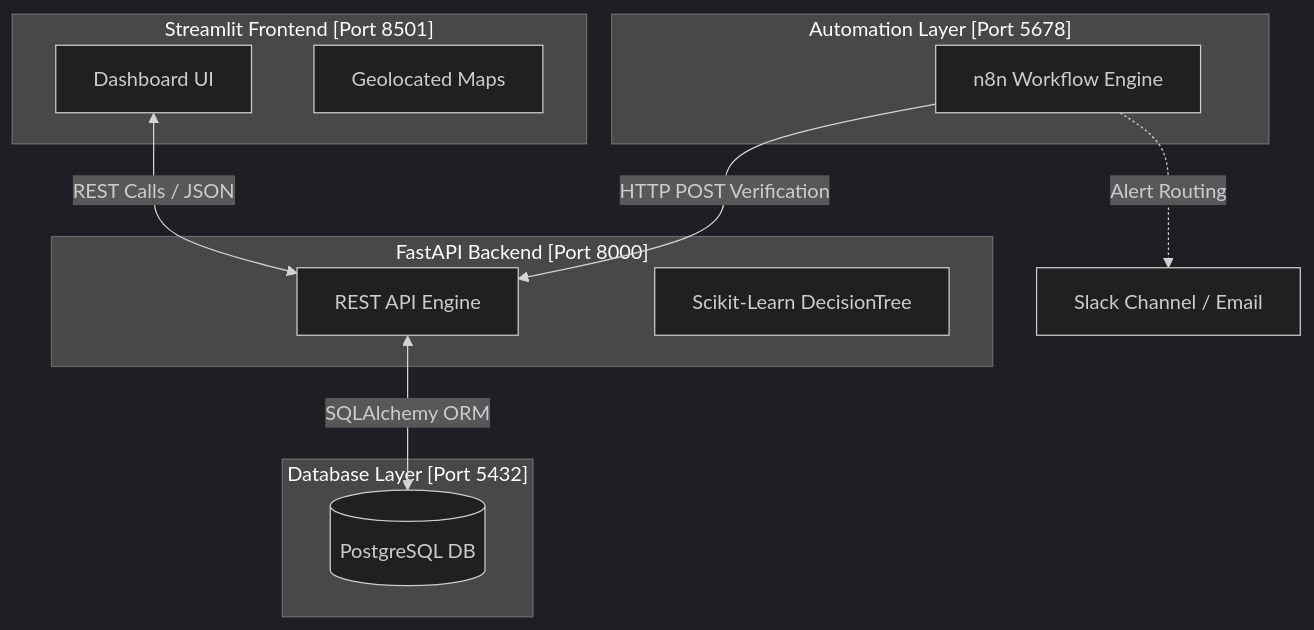
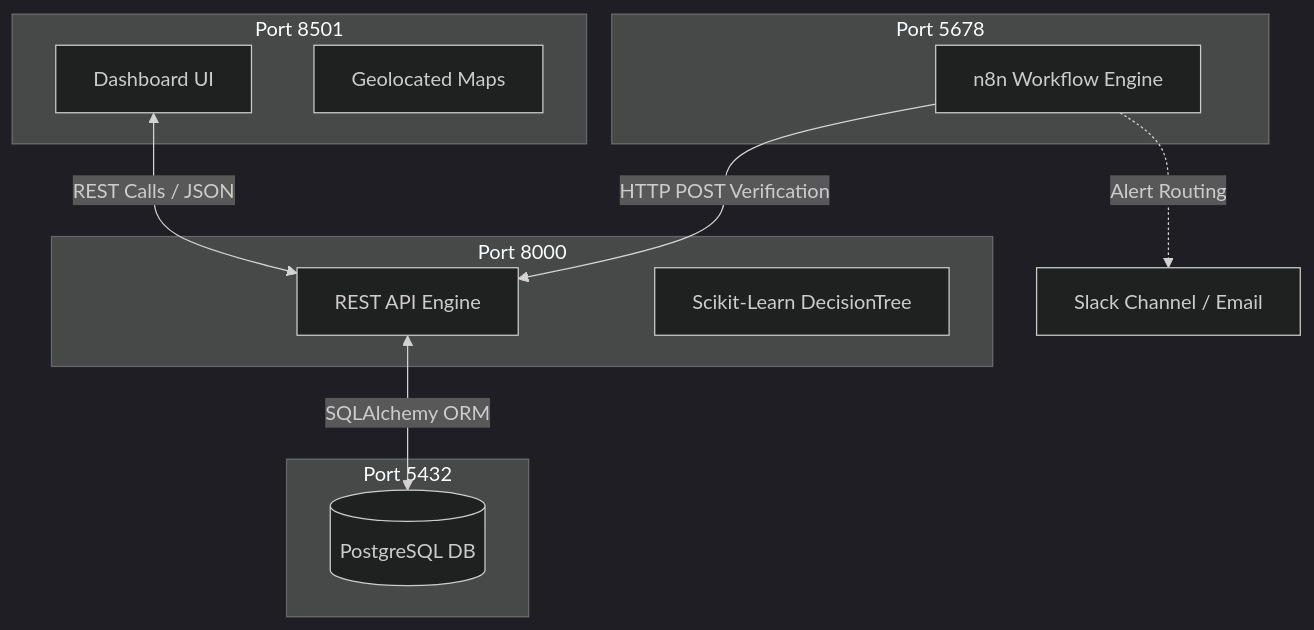
The first of 3 diagrams in README.md (sahbounloujein20/NetVerify-Automated-Post-Intervention-Verification-and-Quality-of-Service-Platform), drawn with Mermaid (dark theme) before and after one commit. The commit also changed other lines of this file and 70 other files, not shown here.

````diff
--- a/README.md
+++ b/README.md
@@ -53,22 +46,22 @@
 ```mermaid
 flowchart TD
-    subgraph frontend ["Streamlit Frontend [Port 8501]"]
+    subgraph Streamlit Frontend [Port 8501]
         A[Dashboard UI]
         B[Geolocated Maps]
     end
-    subgraph backend ["FastAPI Backend [Port 8000]"]
+    subgraph FastAPI Backend [Port 8000]
         C[REST API Engine]
         D[Scikit-Learn DecisionTree]
     end
-    subgraph database ["Database Layer [Port 5432]"]
+    subgraph Database Layer [Port 5432]
         E[(PostgreSQL DB)]
     end
-    subgraph automation ["Automation Layer [Port 5678]"]
+    subgraph Automation Layer [Port 5678]
         F[n8n Workflow Engine]
     end
 
     A <-->|REST Calls / JSON| C
     C <-->|SQLAlchemy ORM| E
     F -->|HTTP POST Verification| C
     F -.->|Alert Routing| G[Slack Channel / Email]
 ```
````
